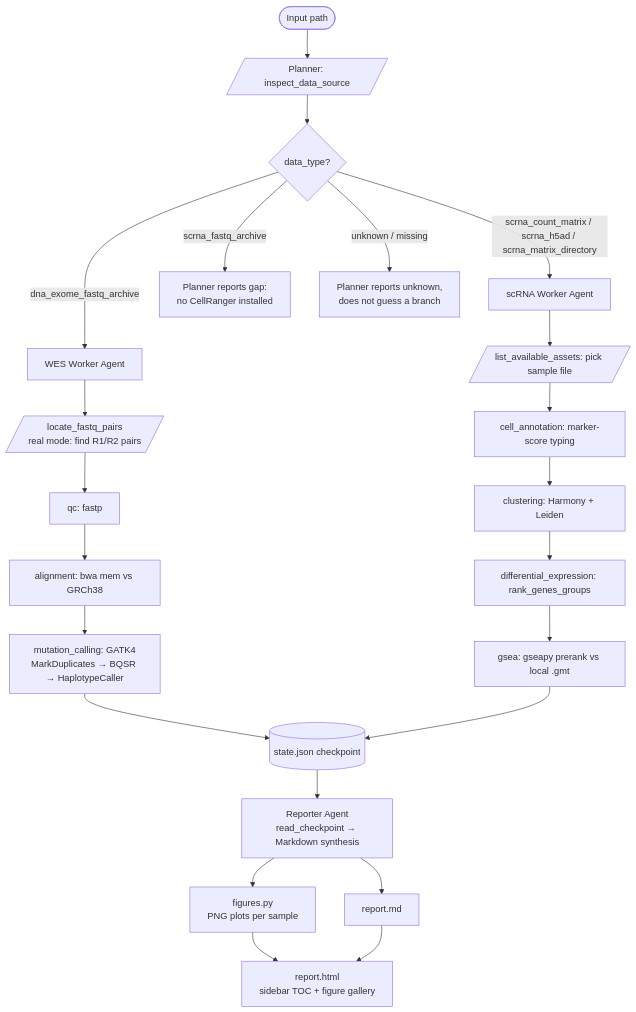
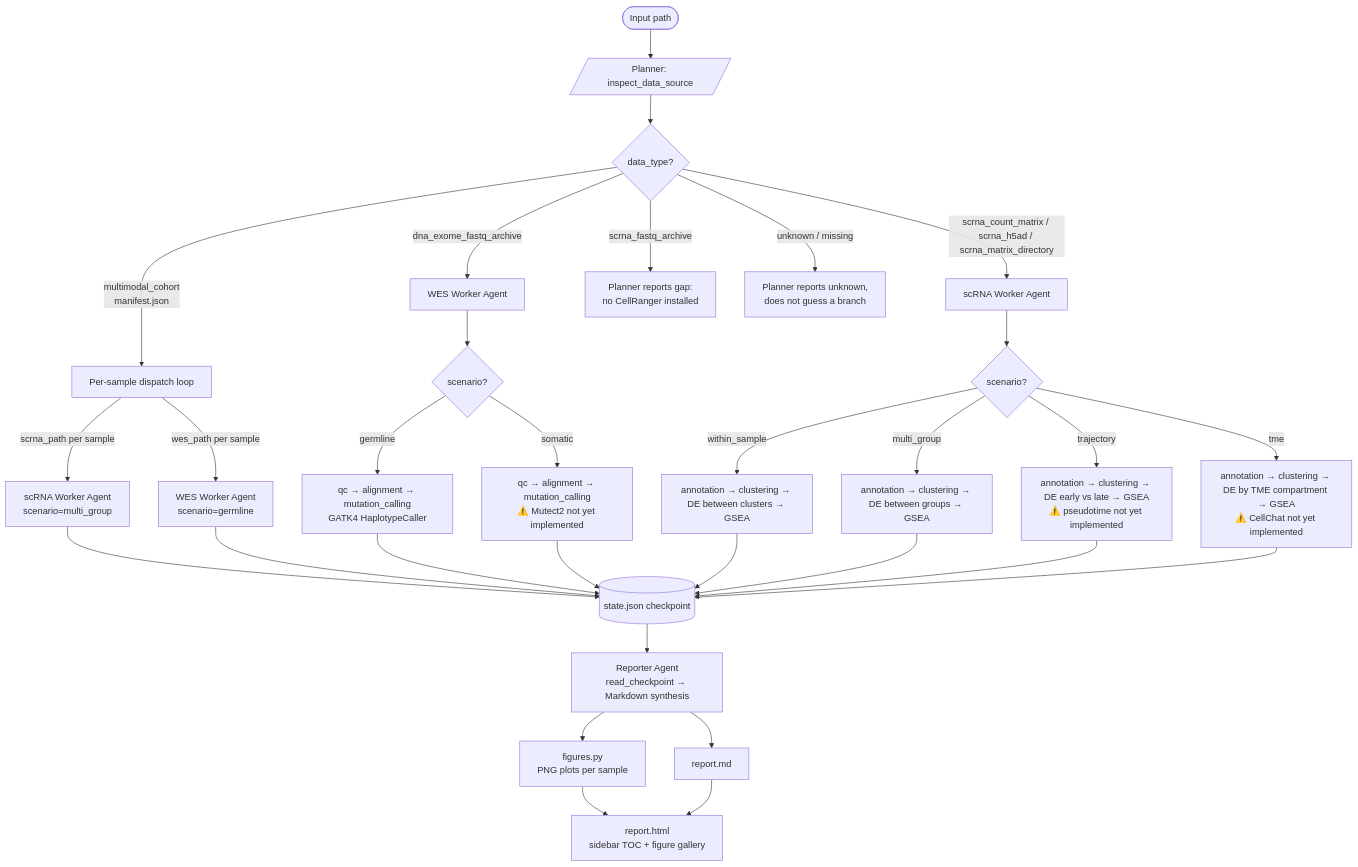
One commit to LinWZ-tw/agent1poc changed the second of 2 diagrams in README.md. Above: the diagram before and after it, drawn with Mermaid. The commit also changed other lines of this file and 6 other files, not shown here.

````diff
--- a/README.md
+++ b/README.md
@@ -237,29 +296,38 @@
 ```mermaid
 flowchart TD
     A([Input path]) --> B[/Planner: inspect_data_source/]
     B --> C{data_type?}
 
+    C -->|multimodal_cohort<br/>manifest.json| MM[Per-sample dispatch loop]
+    MM -->|scrna_path per sample| SCRNA2[scRNA Worker Agent<br/>scenario=multi_group]
+    MM -->|wes_path per sample| WES2[WES Worker Agent<br/>scenario=germline]
+    SCRNA2 --> CP
+    WES2 --> CP
+
     C -->|dna_exome_fastq_archive| WES[WES Worker Agent]
-    WES --> LFP[/locate_fastq_pairs<br/>real mode: find R1/R2 pairs/]
-    LFP --> D1[qc: fastp]
-    D1 --> D2[alignment: bwa mem vs GRCh38]
-    D2 --> D3[mutation_calling: GATK4<br/>MarkDuplicates → BQSR → HaplotypeCaller]
-    D3 --> CP[(state.json checkpoint)]
+    WES --> SC{scenario?}
+    SC -->|germline| D1[qc → alignment → mutation_calling<br/>GATK4 HaplotypeCaller]
+    SC -->|somatic| D2[qc → alignment → mutation_calling<br/>⚠️ Mutect2 not yet implemented]
+    D1 --> CP[(state.json checkpoint)]
+    D2 --> CP
 
     C -->|scrna_count_matrix / scrna_h5ad / scrna_matrix_directory| SCRNA[scRNA Worker Agent]
-    SCRNA --> E0[/list_available_assets: pick sample file/]
-    E0 --> E1[cell_annotation: marker-score typing]
-    E1 --> E2[clustering: Harmony + Leiden]
-    E2 --> E3[differential_expression: rank_genes_groups]
-    E3 --> E4[gsea: gseapy prerank vs local .gmt]
+    SCRNA --> SS{scenario?}
+    SS -->|within_sample| E1[annotation → clustering → DE between clusters → GSEA]
+    SS -->|multi_group| E2[annotation → clustering → DE between groups → GSEA]
+    SS -->|trajectory| E3[annotation → clustering → DE early vs late → GSEA<br/>⚠️ pseudotime not yet implemented]
+    SS -->|tme| E4[annotation → clustering → DE by TME compartment → GSEA<br/>⚠️ CellChat not yet implemented]
+    E1 --> CP
+    E2 --> CP
+    E3 --> CP
     E4 --> CP
 
     CP --> REP[Reporter Agent<br/>read_checkpoint → Markdown synthesis]
     REP --> FIG[figures.py<br/>PNG plots per sample]
     REP --> MD[report.md]
     FIG --> HTML[report.html<br/>sidebar TOC + figure gallery]
     MD --> HTML
 
     C -->|scrna_fastq_archive| F[Planner reports gap:<br/>no CellRanger installed]
     C -->|unknown / missing| G[Planner reports unknown,<br/>does not guess a branch]
 ```
````
